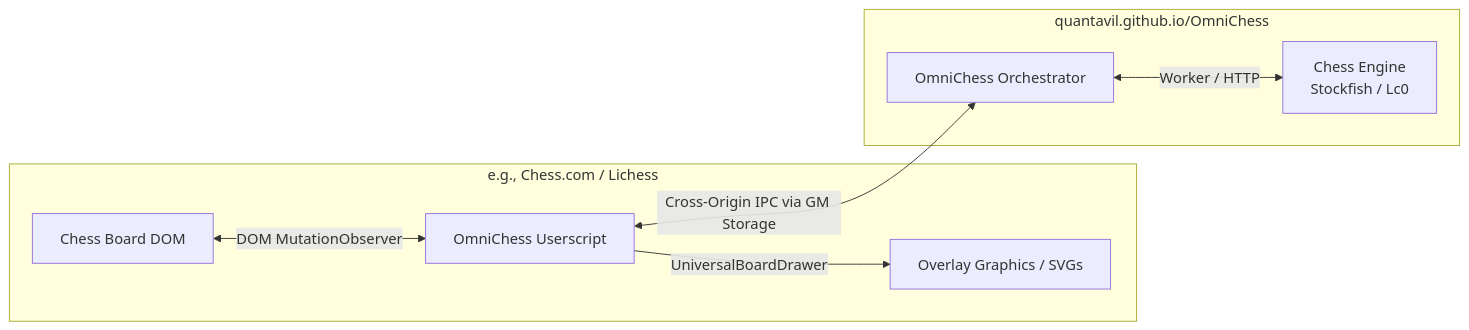
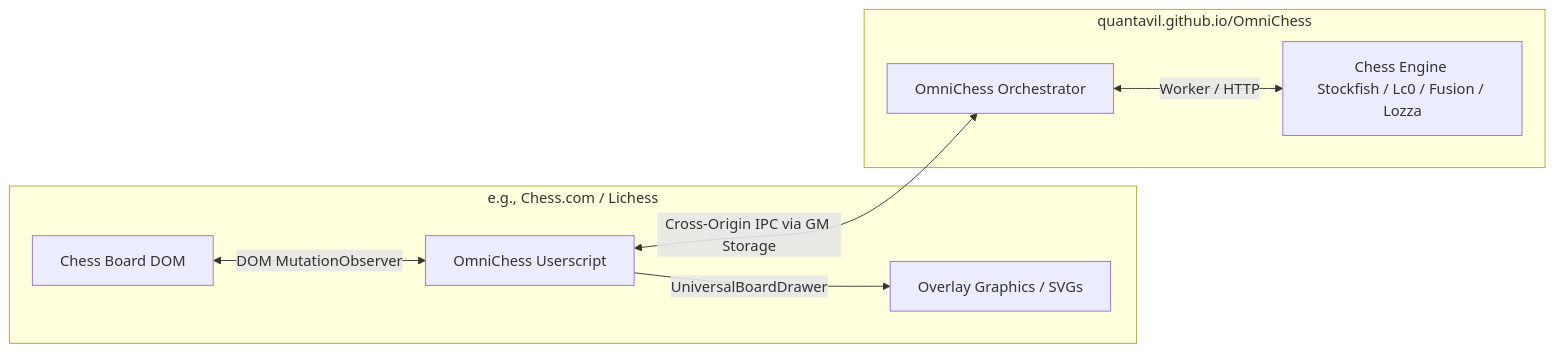
One commit to quantavil/OmniChess changed the diagram in README.md. Above: the diagram before and after it, drawn with Mermaid. The commit also changed other lines of this file and 2 other files, not shown here.

Commit message:
Clean up unused dependencies and update engine listings in README.md

````diff
--- a/README.md
+++ b/README.md
@@ -32,13 +26,13 @@
 ```mermaid
 flowchart LR
     subgraph Browser Tab 1: Chess Site [e.g., Chess.com / Lichess]
         A[Chess Board DOM] <-->|DOM MutationObserver| B[OmniChess Userscript]
         B -->|UniversalBoardDrawer| C[Overlay Graphics / SVGs]
     end
 
     subgraph Browser Tab 2: OmniChess GUI [quantavil.github.io/OmniChess]
-        F[OmniChess Orchestrator] <-->|Worker / HTTP| G[Chess Engine \nStockfish / Lc0]
+        F[OmniChess Orchestrator] <-->|Worker / HTTP| G[Chess Engine \nStockfish / Lc0 / Fusion / Lozza]
     end
 
     B <-->|Cross-Origin IPC via GM Storage| F
 ```
````
